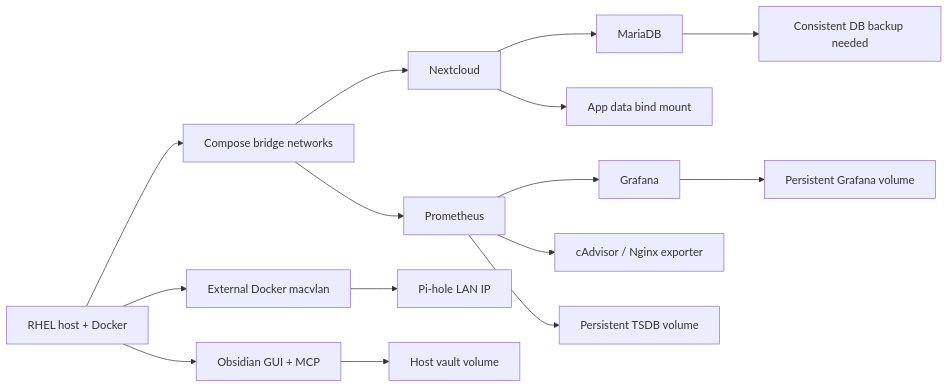
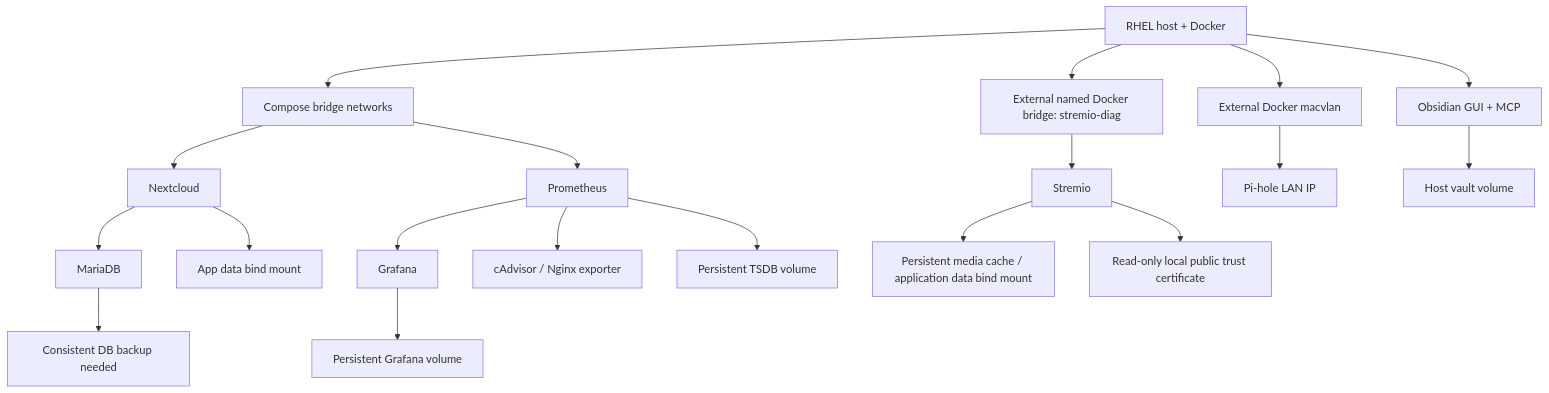
The second of 2 diagrams in architecture/README.md (SpaaceCadet/rhel-homelab), drawn with Mermaid before and after one commit. The commit also changed other lines of this file, not shown here.

Commit message:
docs: include Stremio in homelab architecture and dependencies

````diff
--- a/architecture/README.md
+++ b/architecture/README.md
@@ -32,15 +35,19 @@
 ```mermaid
-flowchart LR
+flowchart TB
  Host["RHEL host + Docker"] --> Bridge["Compose bridge networks"]
+ Host --> MediaNet["External named Docker bridge: stremio-diag"]
+ MediaNet --> ST["Stremio"]
+ ST --> STData["Persistent media cache / application data bind mount"]
+ ST --> STCert["Read-only local public trust certificate"]
  Host --> Mac["External Docker macvlan"]
  Bridge --> NC["Nextcloud"] --> Maria["MariaDB"]
  Bridge --> PM["Prometheus"] --> Graf["Grafana"]
  PM --> Export["cAdvisor / Nginx exporter"]
  Mac --> Pi["Pi-hole LAN IP"]
  Host --> Obsi["Obsidian GUI + MCP"]
  Obsi --> Vault["Host vault volume"]
  NC --> NCData["App data bind mount"]
  Maria --> DBData["Consistent DB backup needed"]
  Graf --> GVol["Persistent Grafana volume"]
  PM --> PVol["Persistent TSDB volume"]
 ```
````
